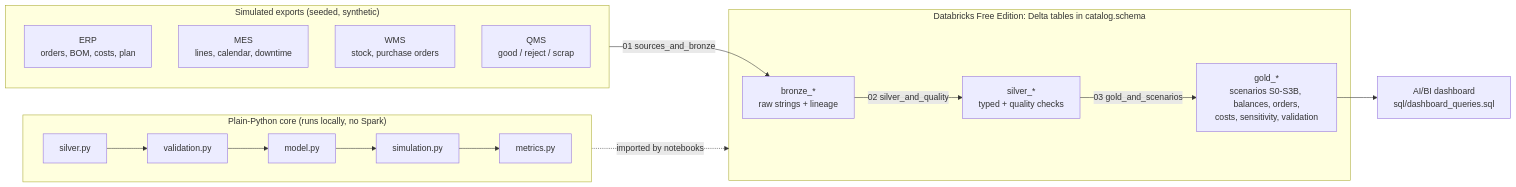
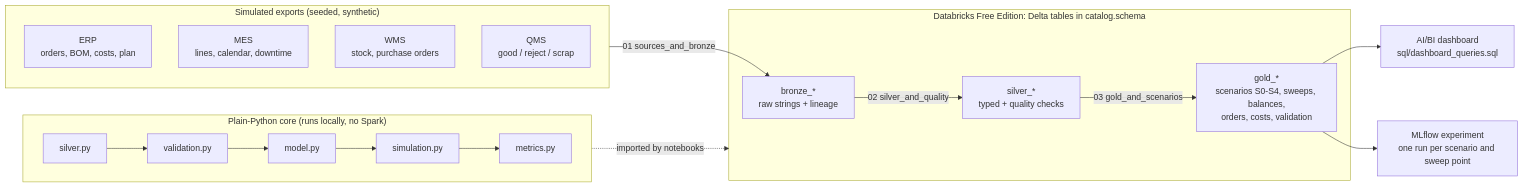
Before and after one commit to kidskoding/candyops: the diagram in README.md, drawn with Mermaid. The commit also changed other lines of this file and 2 other files, not shown here.

Commit message:
docs: report sweeps, the combined option and MLflow

````diff
--- a/README.md
+++ b/README.md
@@ -55,24 +60,25 @@
 ```mermaid
 flowchart LR
   subgraph SRC["Simulated exports (seeded, synthetic)"]
     ERP["ERP<br/>orders, BOM, costs, plan"]
     MES["MES<br/>lines, calendar, downtime"]
     WMS["WMS<br/>stock, purchase orders"]
     QMS["QMS<br/>good / reject / scrap"]
   end
   subgraph DBX["Databricks Free Edition: Delta tables in catalog.schema"]
     B["bronze_*<br/>raw strings + lineage"]
     S["silver_*<br/>typed + quality checks"]
-    G["gold_*<br/>scenarios S0-S3B, balances, orders,<br/>costs, sensitivity, validation"]
+    G["gold_*<br/>scenarios S0-S4, sweeps, balances,<br/>orders, costs, validation"]
   end
   D["AI/BI dashboard<br/>sql/dashboard_queries.sql"]
   SRC -- "01 sources_and_bronze" --> B
   B -- "02 silver_and_quality" --> S
   S -- "03 gold_and_scenarios" --> G
   G --> D
+  G --> M["MLflow experiment<br/>one run per scenario and sweep point"]
   subgraph CORE["Plain-Python core (runs locally, no Spark)"]
     direction LR
     P1[silver.py] --> P2[validation.py] --> P3[model.py] --> P4[simulation.py] --> P5[metrics.py]
   end
   CORE -. "imported by notebooks" .-> DBX
 ```
````
